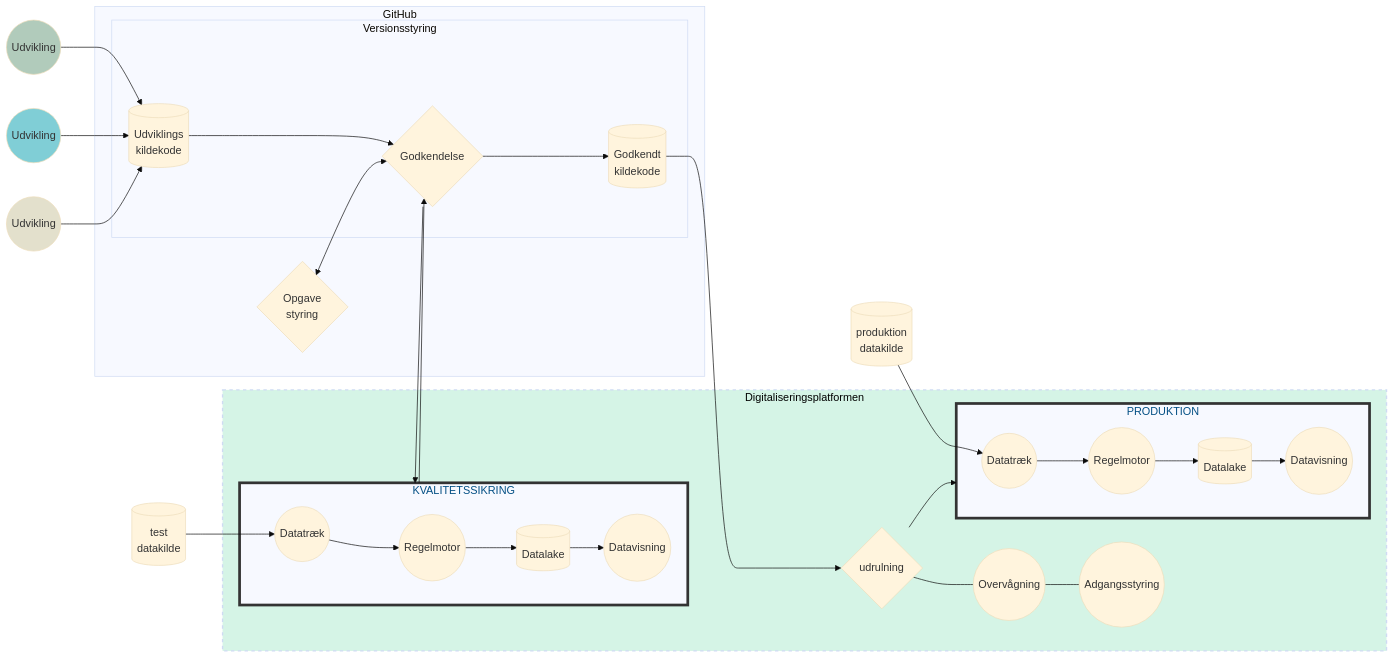
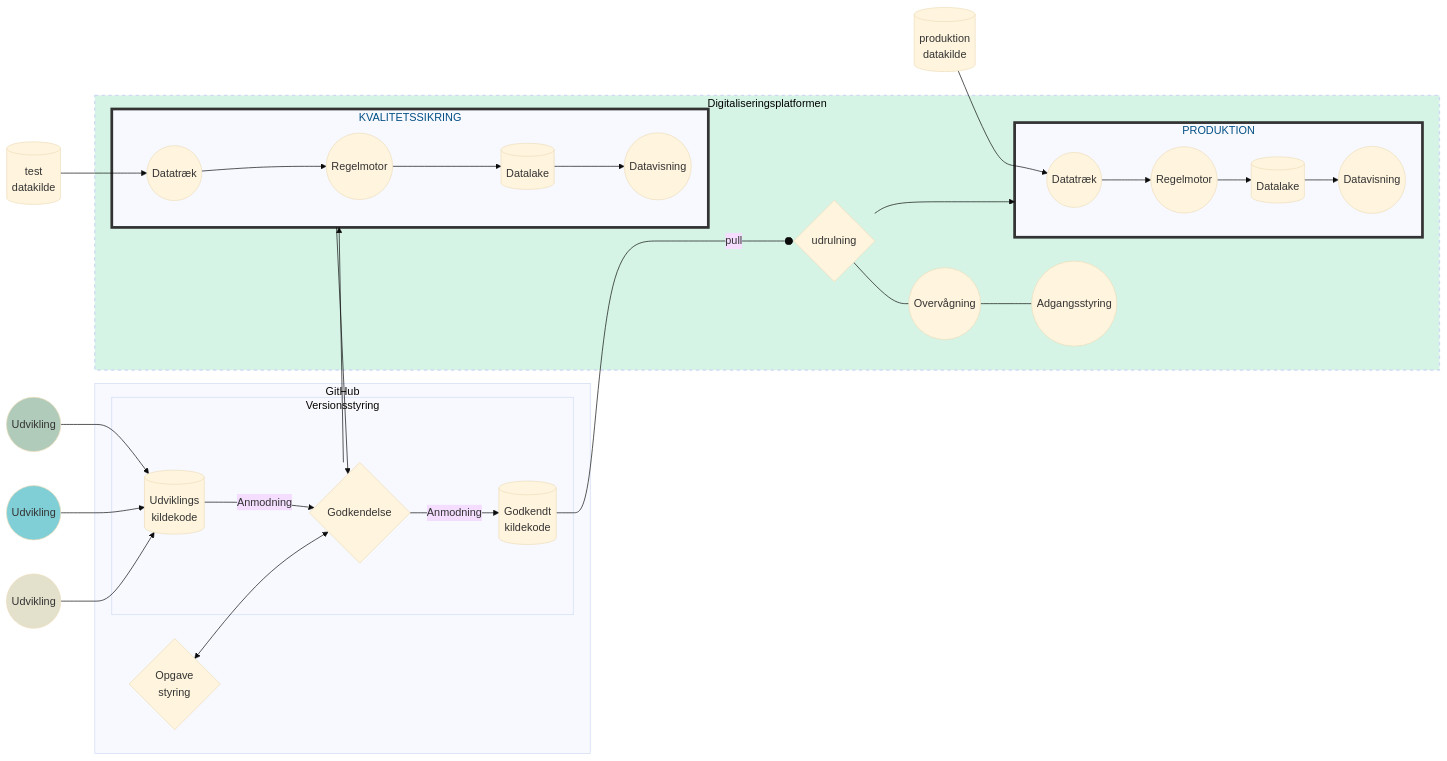
The diagram in docs/arkitektur-overblik.md (Randers-Kommune-Digitalisering/.github), drawn with Mermaid before and after one commit.

Commit message:
Update arkitektur-overblik.md
Making GitOps pull pattern a bit clearer

````diff
--- a/docs/arkitektur-overblik.md
+++ b/docs/arkitektur-overblik.md
@@ -5,57 +5,57 @@
 ```mermaid
 %%{init: {'theme':'base'}}%%
 
 flowchart LR
 
 subgraph Digitaliseringsplatformen
     
     DEP{udrulning}---
     GRAF((Overvågning))---
     ADG((Adgangsstyring))
     
     subgraph PRODUKTION
     DKTP((Datatræk))-->
     RMP((Regelmotor))-->
     DLP[(Datalake)]-->
     DVP((Datavisning))
     end
     
     subgraph KVALITETSSIKRING
     DKTT((Datatræk))-->
     RMT((Regelmotor))-->
     DLT[(Datalake)]-->
     DVT((Datavisning))
     end
     
 end
 
 subgraph GitHub
 
     subgraph Versionsstyring
-    dev-branch[(Udviklings \n kildekode)]--->
+    dev-branch[(Udviklings \n kildekode)]--Anmodning-->
     review{Godkendelse}
     main-branch[(Godkendt \n kildekode)]
     end
     
     OGS{Opgave\nstyring}
 end
 
-main-branch----->
-DEP-->PRODUKTION
+main-branch -- pull ----o DEP
+DEP--->PRODUKTION
 
 dkt[(test \n datakilde)]-->DKTT
 dkp[(produktion \n datakilde)]-->DKTP
 UDV1((Udvikling))-->dev-branch
 UDV2((Udvikling))-->dev-branch
 UDV3((Udvikling))-->dev-branch
-review--->main-branch
+review--Anmodning-->main-branch
 review-->KVALITETSSIKRING-->review
 OGS<-->review
 
 style Digitaliseringsplatformen fill:#d5f4e6, stroke-width:2px,color:black,stroke-dasharray: 5 5
 style KVALITETSSIKRING color:#034f84, stroke:#333,stroke-width:4px
 style PRODUKTION color:#034f84, stroke:#333,stroke-width:4px
 style UDV1 fill:#b1cbbb
 style UDV2 fill:#80ced6
 style UDV3 fill:#e3e0cc
 ```
````
